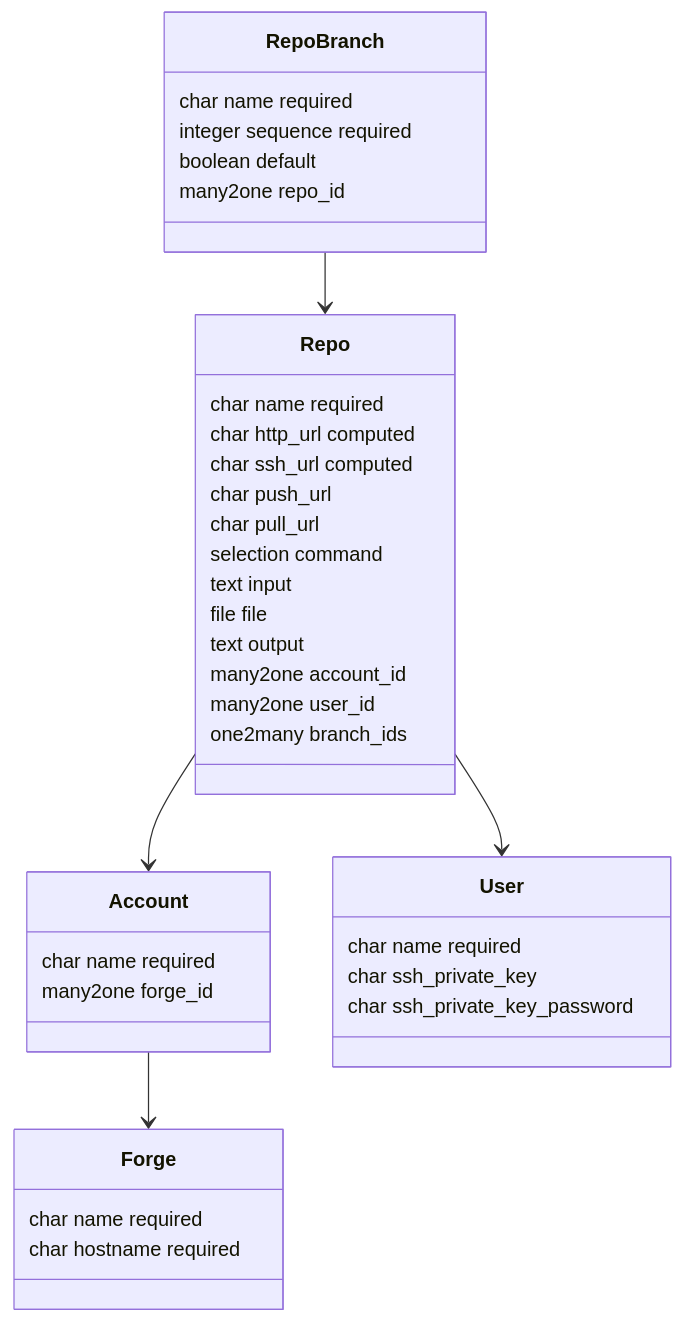
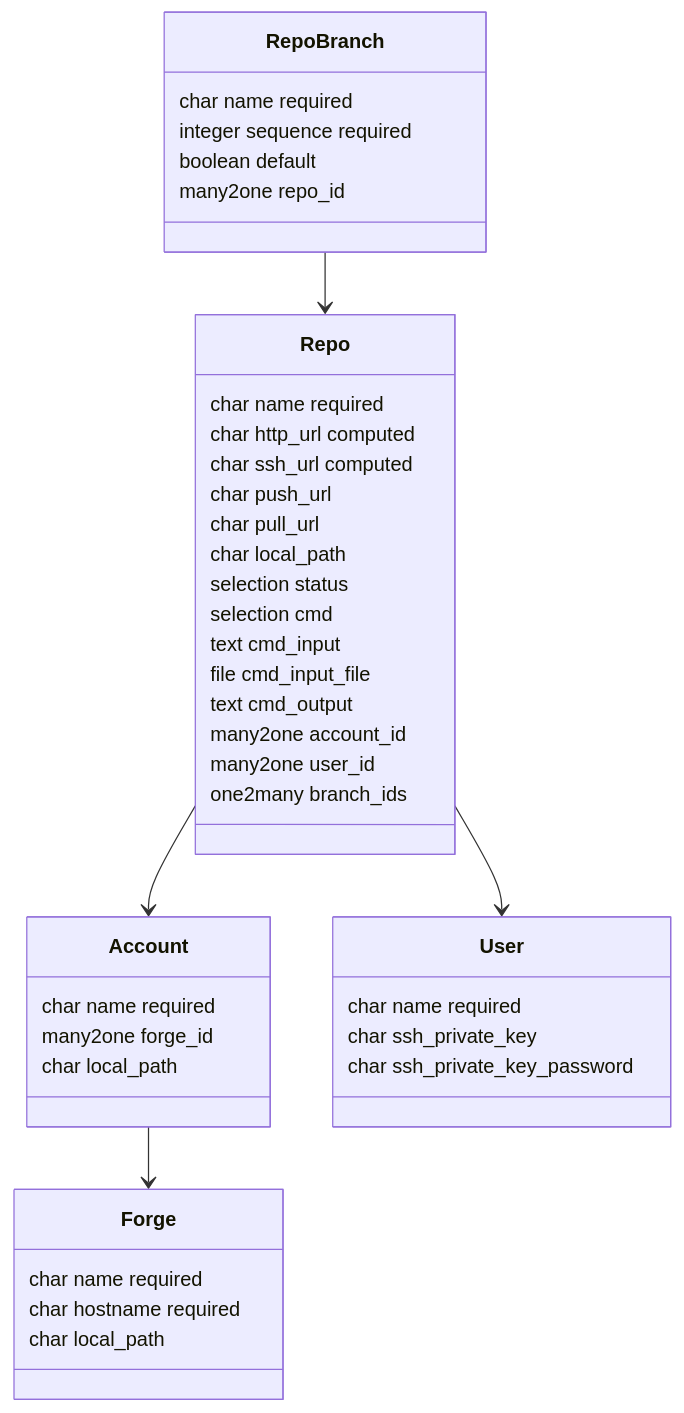
One commit to Mint-System/Wiki changed the diagram in Specification Git Kubernetes.md. Above: the diagram before and after it, drawn with Mermaid. The commit also changed other lines of this file, not shown here.

Commit message:
vault backup: 2024-11-22 17:57:50

````diff
--- a/Specification Git Kubernetes.md
+++ b/Specification Git Kubernetes.md
@@ -21,49 +21,53 @@
 ```mermaid
 classDiagram
 	Account --> Forge
 	Repo --> Account
 	RepoBranch --> Repo
 	Repo --> User
 	
     class User {
 		char name required
 		char ssh_private_key
 		char ssh_private_key_password
     }
 
 	class Account {
 		char name required
 		
 		many2one forge_id
+		char local_path
 	}
 	
 	class Forge {
 		char name required
 		char hostname required
+		char local_path
 	}
 
     class Repo{
 		char name required
 		char http_url computed
 		char ssh_url computed
 		char push_url
 		char pull_url
-		
-		selection command
-		text input
-		file file
-		text output
+		char local_path
+
+		selection status
+		selection cmd
+		text cmd_input
+		file cmd_input_file
+		text cmd_output
 		
 		many2one account_id
 		many2one user_id
 		one2many branch_ids
     }
 
     class RepoBranch{
 		char name required
 		integer sequence required
 		boolean default
 
 		many2one repo_id
     }
 ```
````
